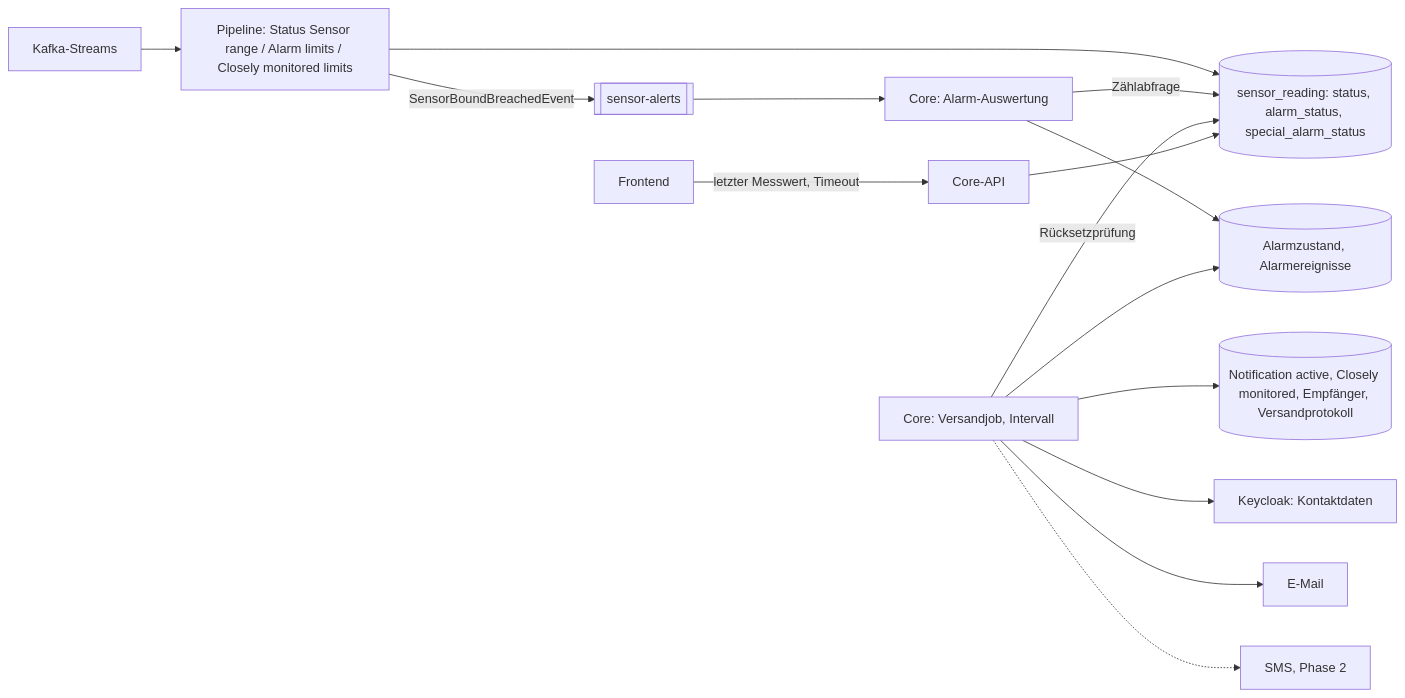
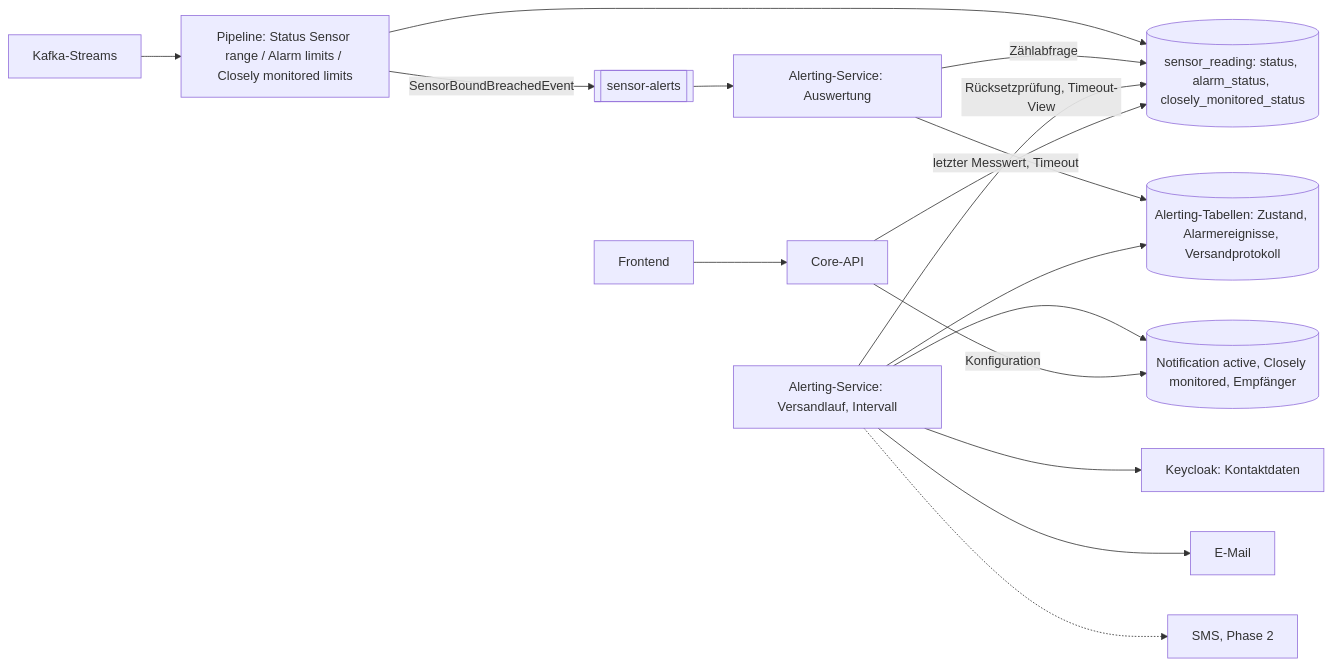
One commit to swisstopo/lg-monteis changed the diagram in alarming-architecture.md. Above: the diagram before and after it, drawn with Mermaid. The commit also changed other lines of this file, not shown here.

````diff
--- a/alarming-architecture.md
+++ b/alarming-architecture.md
@@ -80,17 +82,18 @@
 ```mermaid
 flowchart LR
    K[Kafka-Streams] --> P[Pipeline: Status Sensor range / Alarm limits / Closely monitored limits]
-   P --> DB[(sensor_reading: status, alarm_status, special_alarm_status)]
+   P --> DB[(sensor_reading: status, alarm_status, closely_monitored_status)]
    P -- SensorBoundBreachedEvent --> T[[sensor-alerts]]
-   T --> A[Core: Alarm-Auswertung]
+   T --> A[Alerting-Service: Auswertung]
    A -- Zählabfrage --> DB
-   A --> AZ[(Alarmzustand, Alarmereignisse)]
-   J[Core: Versandjob, Intervall] --> AZ
-   J -- Rücksetzprüfung --> DB
-   J --> R[(Notification active, Closely monitored, Empfänger, Versandprotokoll)]
+   A --> AZ[(Alerting-Tabellen: Zustand, Alarmereignisse, Versandprotokoll)]
+   J[Alerting-Service: Versandlauf, Intervall] --> AZ
+   J -- Rücksetzprüfung, Timeout-View --> DB
+   J --> R[(Notification active, Closely monitored, Empfänger)]
    J --> KC[Keycloak: Kontaktdaten]
    J --> M[E-Mail]
    J -.-> S[SMS, Phase 2]
-   FE[Frontend] -- letzter Messwert, Timeout --> C[Core-API]
-   C --> DB
+   FE[Frontend] --> C[Core-API]
+   C -- Konfiguration --> R
+   C -- letzter Messwert, Timeout --> DB
 ```
````
